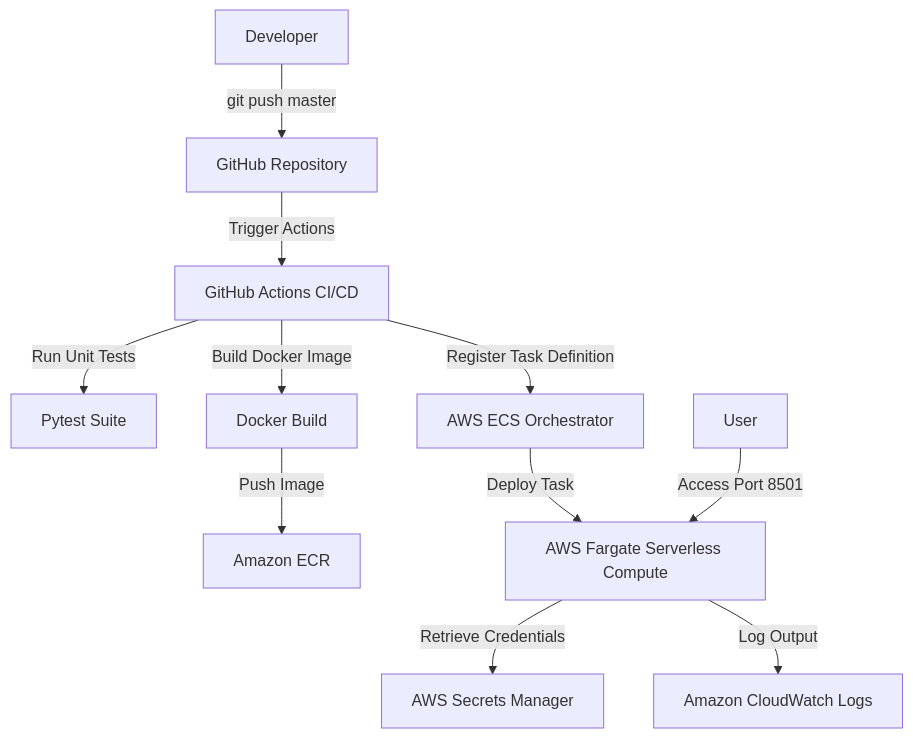
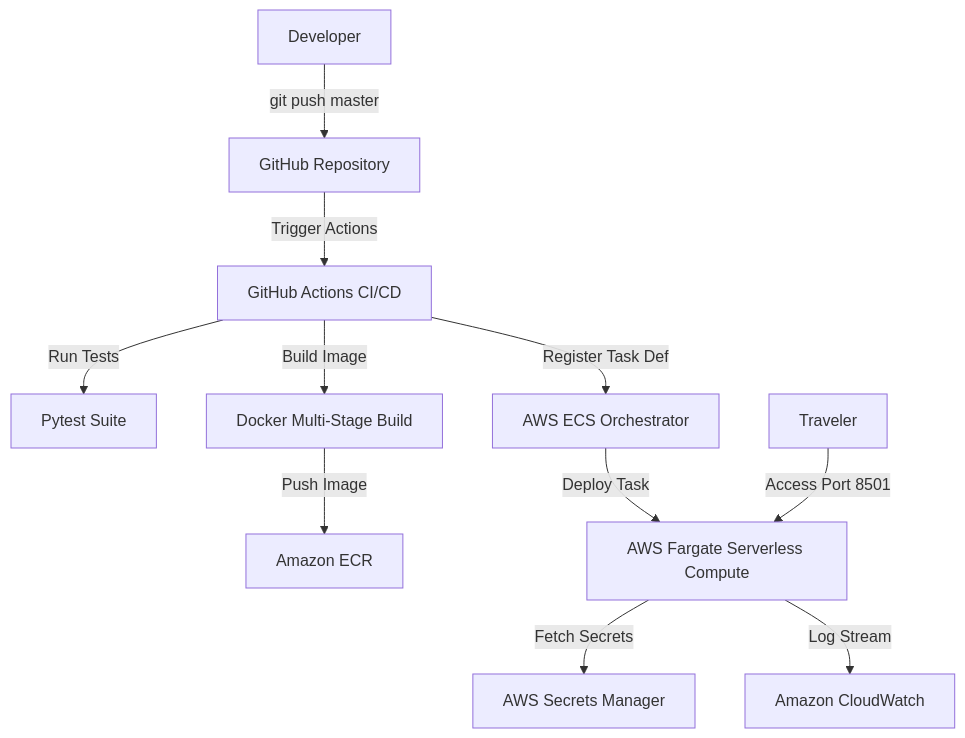
Before and after one commit to m20was/AI_Trip_Planner: the second of 2 diagrams in README.md, drawn with Mermaid. The commit also changed other lines of this file and 17 other files, not shown here.

````diff
--- a/README.md
+++ b/README.md
@@ -200,13 +168,13 @@
 ```mermaid
 graph TD
     Developer -->|git push master| GitHub[GitHub Repository]
     GitHub -->|Trigger Actions| Pipeline[GitHub Actions CI/CD]
-    Pipeline -->|Run Unit Tests| Pytest[Pytest Suite]
-    Pipeline -->|Build Docker Image| Docker[Docker Build]
+    Pipeline -->|Run Tests| Pytest[Pytest Suite]
+    Pipeline -->|Build Image| Docker[Docker Multi-Stage Build]
     Docker -->|Push Image| ECR[Amazon ECR]
-    Pipeline -->|Register Task Definition| ECS[AWS ECS Orchestrator]
+    Pipeline -->|Register Task Def| ECS[AWS ECS Orchestrator]
     ECS -->|Deploy Task| Fargate[AWS Fargate Serverless Compute]
-    Fargate -->|Retrieve Credentials| Secrets[AWS Secrets Manager]
-    Fargate -->|Log Output| CW[Amazon CloudWatch Logs]
-    User -->|Access Port 8501| Fargate
+    Fargate -->|Fetch Secrets| Secrets[AWS Secrets Manager]
+    Fargate -->|Log Stream| CW[Amazon CloudWatch]
+    User[Traveler] -->|Access Port 8501| Fargate
 ```
````
